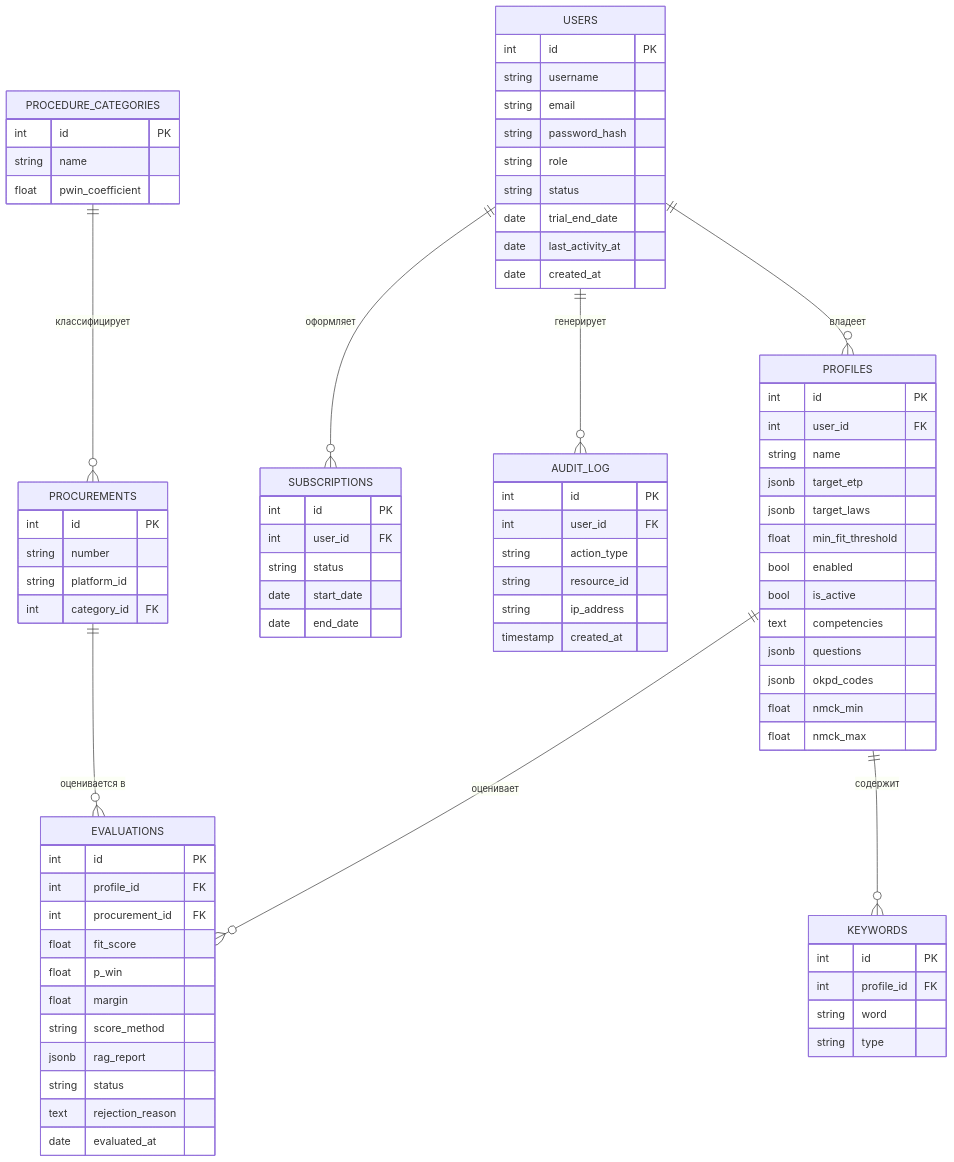
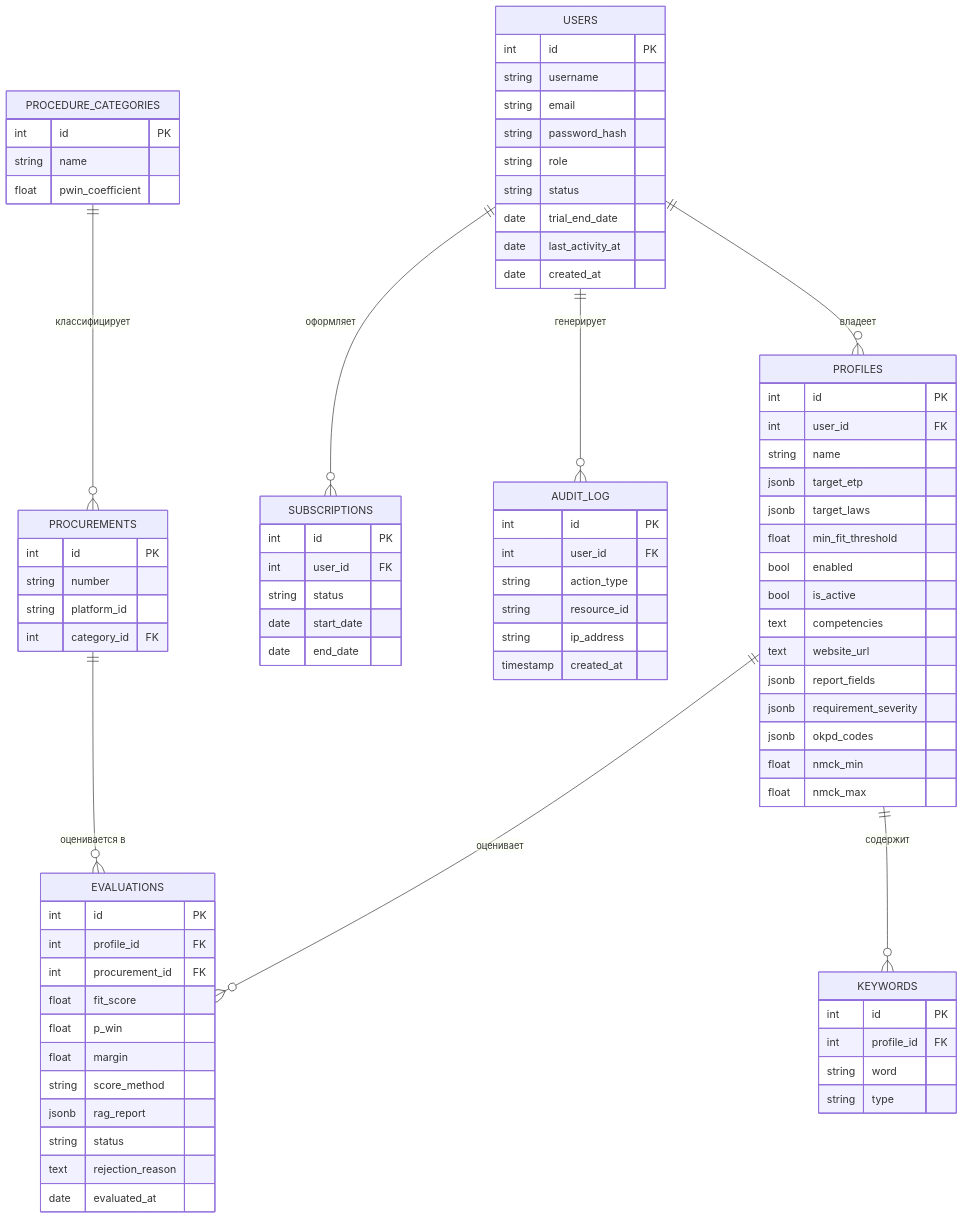
The diagram in specification.md (igorvolk1961/zakupki_parser), drawn with Mermaid before and after one commit. The commit also changed other lines of this file and 61 other files, not shown here.

```diff
--- a/specification.md
+++ b/specification.md
@@ -668,7 +678,9 @@
         bool enabled
         bool is_active
         text competencies
-        jsonb questions
+        text website_url
+        jsonb report_fields
+        jsonb requirement_severity
         jsonb okpd_codes
         float nmck_min
         float nmck_max
```
